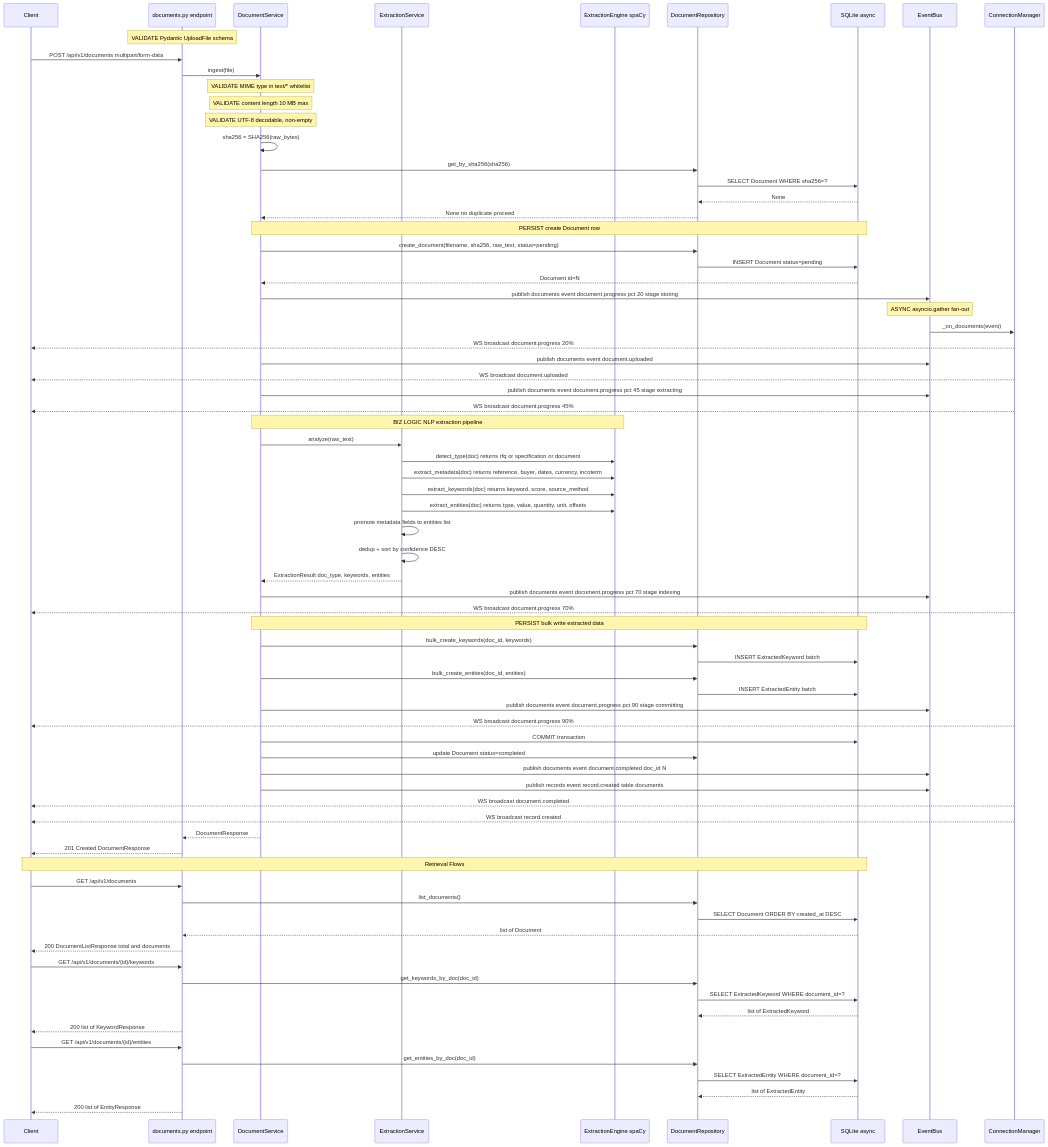
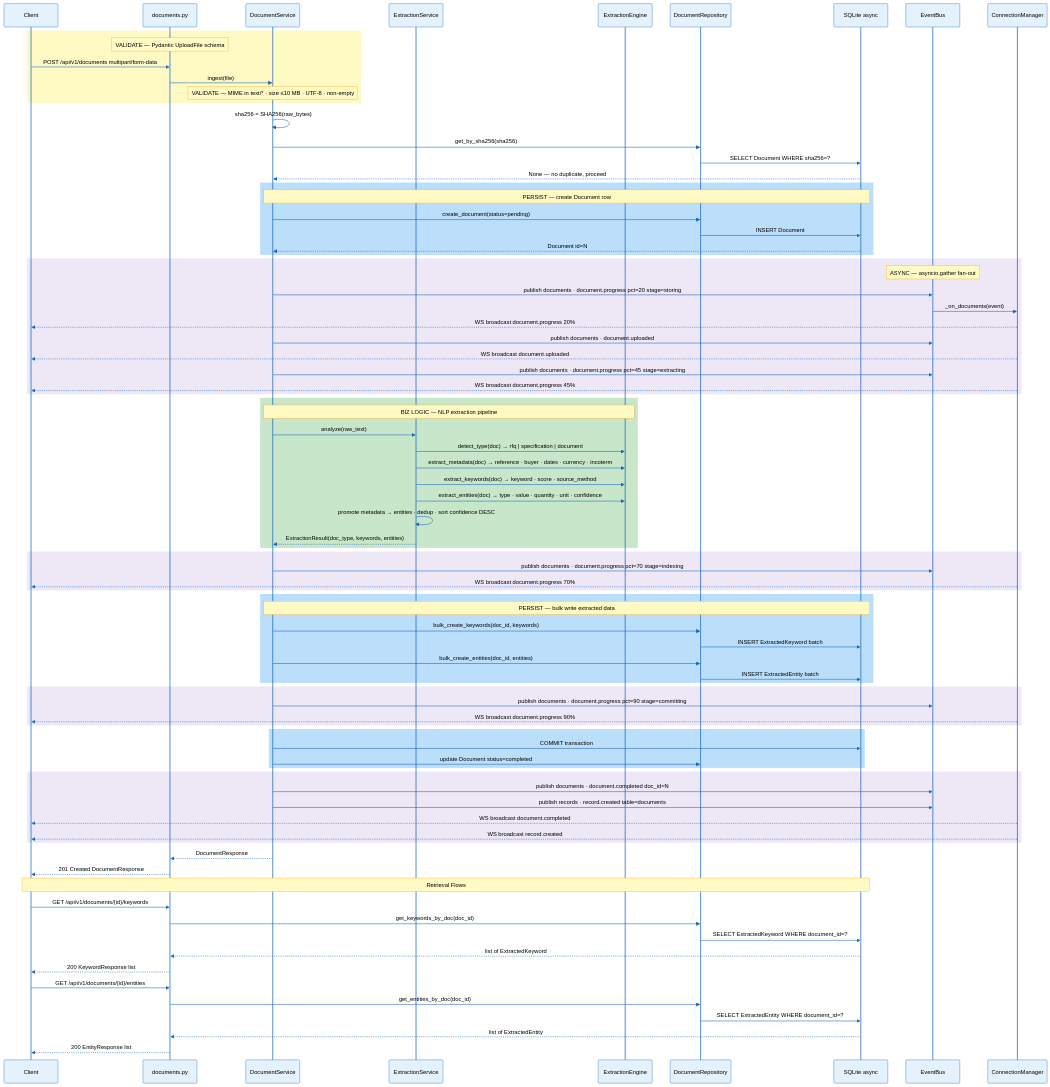
The second of 5 diagrams in docs/diagram-requirements.md (EsraaRMashaal/dataisource-takehome), drawn with Mermaid before and after one commit. The commit also changed other lines of this file and 2 other files, not shown here.

````diff
--- a/docs/diagram-requirements.md
+++ b/docs/diagram-requirements.md
@@ -139,96 +155,101 @@
 ```mermaid
+%%{init: {'theme': 'base', 'themeVariables': {'actorBkg': '#E3F2FD', 'actorBorder': '#1565C0', 'actorTextColor': '#000000', 'signalColor': '#1565C0', 'signalTextColor': '#000000', 'noteBkgColor': '#FFF9C4', 'noteTextColor': '#000000', 'noteBorderColor': '#F9A825', 'labelBoxBkgColor': '#E8F5E9', 'labelBoxBorderColor': '#43A047', 'activationBkgColor': '#BBDEFB', 'activationBorderColor': '#1565C0', 'sequenceNumberColor': '#000000'}}}%%
 sequenceDiagram
     participant C  as Client
-    participant EP as documents.py endpoint
+    participant EP as documents.py
     participant DS as DocumentService
     participant ES as ExtractionService
-    participant EE as ExtractionEngine spaCy
+    participant EE as ExtractionEngine
     participant DR as DocumentRepository
     participant DB as SQLite async
     participant EB as EventBus
     participant CM as ConnectionManager
 
-    Note over EP: VALIDATE Pydantic UploadFile schema
-
-    C->>EP: POST /api/v1/documents multipart/form-data
-    EP->>DS: ingest(file)
-
-    Note over DS: VALIDATE MIME type in text/* whitelist
-    Note over DS: VALIDATE content length 10 MB max
-    Note over DS: VALIDATE UTF-8 decodable, non-empty
+    rect rgb(255, 249, 196)
+        Note over EP: VALIDATE — Pydantic UploadFile schema
+        C->>EP: POST /api/v1/documents  multipart/form-data
+        EP->>DS: ingest(file)
+        Note over DS: VALIDATE — MIME in text/* · size ≤10 MB · UTF-8 · non-empty
+    end
 
     DS->>DS: sha256 = SHA256(raw_bytes)
     DS->>DR: get_by_sha256(sha256)
     DR->>DB: SELECT Document WHERE sha256=?
-    DB-->>DR: None
-    DR-->>DS: None no duplicate proceed
+    DB-->>DS: None — no duplicate, proceed
 
-    Note over DS,DB: PERSIST create Document row
-    DS->>DR: create_document(filename, sha256, raw_text, status=pending)
-    DR->>DB: INSERT Document status=pending
-    DB-->>DS: Document id=N
+    rect rgb(187, 222, 251)
+        Note over DS,DB: PERSIST — create Document row
+        DS->>DR: create_document(status=pending)
+        DR->>DB: INSERT Document
+        DB-->>DS: Document id=N
+    end
 
-    DS->>EB: publish documents event document.progress pct 20 stage storing
-    Note over EB: ASYNC asyncio.gather fan-out
-    EB->>CM: _on_documents(event)
-    CM-->>C: WS broadcast document.progress 20%
+    rect rgb(237, 231, 246)
+        Note over EB: ASYNC — asyncio.gather fan-out
+        DS->>EB: publish documents · document.progress pct=20 stage=storing
+        EB->>CM: _on_documents(event)
+        CM-->>C: WS broadcast document.progress 20%
+        DS->>EB: publish documents · document.uploaded
+        CM-->>C: WS broadcast document.uploaded
+        DS->>EB: publish documents · document.progress pct=45 stage=extracting
+        CM-->>C: WS broadcast document.progress 45%
+    end
 
-    DS->>EB: publish documents event document.uploaded
-    CM-->>C: WS broadcast document.uploaded
+    rect rgb(200, 230, 201)
+        Note over DS,EE: BIZ LOGIC — NLP extraction pipeline
+        DS->>ES: analyze(raw_text)
+        ES->>EE: detect_type(doc) → rfq | specification | document
+        ES->>EE: extract_metadata(doc) → reference · buyer · dates · currency · incoterm
+        ES->>EE: extract_keywords(doc) → keyword · score · source_method
+        ES->>EE: extract_entities(doc) → type · value · quantity · unit · confidence
+        ES->>ES: promote metadata → entities · dedup · sort confidence DESC
+        ES-->>DS: ExtractionResult(doc_type, keywords, entities)
+    end
 
-    DS->>EB: publish documents event document.progress pct 45 stage extracting
-    CM-->>C: WS broadcast document.progress 45%
+    rect rgb(237, 231, 246)
+        DS->>EB: publish documents · document.progress pct=70 stage=indexing
+        CM-->>C: WS broadcast document.progress 70%
+    end
 
-    Note over DS,EE: BIZ LOGIC NLP extraction pipeline
-    DS->>ES: analyze(raw_text)
-    ES->>EE: detect_type(doc) returns rfq or specification or document
-    ES->>EE: extract_metadata(doc) returns reference, buyer, dates, currency, incoterm
-    ES->>EE: extract_keywords(doc) returns keyword, score, source_method
-    ES->>EE: extract_entities(doc) returns type, value, quantity, unit, offsets
-    ES->>ES: promote metadata fields to entities list
-    ES->>ES: dedup + sort by confidence DESC
-    ES-->>DS: ExtractionResult doc_type, keywords, entities
+    rect rgb(187, 222, 251)
+        Note over DS,DB: PERSIST — bulk write extracted data
+        DS->>DR: bulk_create_keywords(doc_id, keywords)
+        DR->>DB: INSERT ExtractedKeyword batch
+        DS->>DR: bulk_create_entities(doc_id, entities)
+        DR->>DB: INSERT ExtractedEntity batch
+    end
 
-    DS->>EB: publish documents event document.progress pct 70 stage indexing
-    CM-->>C: WS broadcast document.progress 70%
+    rect rgb(237, 231, 246)
+        DS->>EB: publish documents · document.progress pct=90 stage=committing
+        CM-->>C: WS broadcast document.progress 90%
+    end
 
-    Note over DS,DB: PERSIST bulk write extracted data
-    DS->>DR: bulk_create_keywords(doc_id, keywords)
-    DR->>DB: INSERT ExtractedKeyword batch
-    DS->>DR: bulk_create_entities(doc_id, entities)
-    DR->>DB: INSERT ExtractedEntity batch
+    rect rgb(187, 222, 251)
+        DS->>DB: COMMIT transaction
+        DS->>DR: update Document status=completed
+    end
 
-    DS->>EB: publish documents event document.progress pct 90 stage committing
-    CM-->>C: WS broadcast document.progress 90%
-
-    DS->>DB: COMMIT transaction
-    DS->>DR: update Document status=completed
-
-    DS->>EB: publish documents event document.completed doc_id N
-    DS->>EB: publish records event record.created table documents
-    CM-->>C: WS broadcast document.completed
-    CM-->>C: WS broadcast record.created
+    rect rgb(237, 231, 246)
+        DS->>EB: publish documents · document.completed doc_id=N
+        DS->>EB: publish records · record.created table=documents
+        CM-->>C: WS broadcast document.completed
+        CM-->>C: WS broadcast record.created
+    end
 
     DS-->>EP: DocumentResponse
     EP-->>C: 201 Created DocumentResponse
 
     Note over C,DB: Retrieval Flows
 
-    C->>EP: GET /api/v1/documents
-    EP->>DR: list_documents()
-    DR->>DB: SELECT Document ORDER BY created_at DESC
-    DB-->>EP: list of Document
-    EP-->>C: 200 DocumentListResponse total and documents
-
     C->>EP: GET /api/v1/documents/{id}/keywords
     EP->>DR: get_keywords_by_doc(doc_id)
     DR->>DB: SELECT ExtractedKeyword WHERE document_id=?
-    DB-->>DR: list of ExtractedKeyword
-    EP-->>C: 200 list of KeywordResponse
+    DB-->>EP: list of ExtractedKeyword
+    EP-->>C: 200 KeywordResponse list
 
     C->>EP: GET /api/v1/documents/{id}/entities
     EP->>DR: get_entities_by_doc(doc_id)
     DR->>DB: SELECT ExtractedEntity WHERE document_id=?
-    DB-->>DR: list of ExtractedEntity
-    EP-->>C: 200 list of EntityResponse
+    DB-->>EP: list of ExtractedEntity
+    EP-->>C: 200 EntityResponse list
 ```
````
